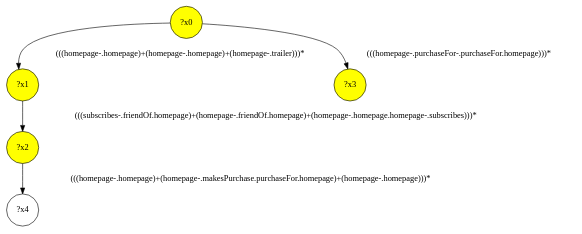
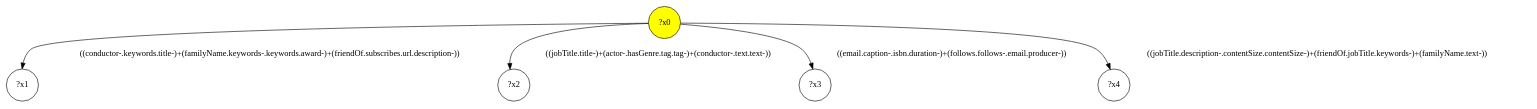
Before and after one commit to gbagan/gmark: the diagram in demo/shop-a/shop-a-interface/query-8.dot, drawn with Graphviz. The commit also changed 708 other files, not shown here.

```diff
--- a/demo/shop-a/shop-a-interface/query-8.dot
+++ b/demo/shop-a/shop-a-interface/query-8.dot
@@ -1,11 +1,11 @@
 digraph g {
-	x1 [fillcolor="yellow", style="filled," shape=circle, label="?x1"];
-	x2 [fillcolor="yellow", style="filled," shape=circle, label="?x2"];
 	x0 [fillcolor="yellow", style="filled," shape=circle, label="?x0"];
-	x3 [fillcolor="yellow", style="filled," shape=circle, label="?x3"];
-	x0 -> x1 [label="(((homepage-.homepage)+(homepage-.homepage)+(homepage-.trailer)))*"];
-	x1 -> x2 [label="(((subscribes-.friendOf.homepage)+(homepage-.friendOf.homepage)+(homepage-.homepage.homepage-.subscribes)))*"];
-	x0 -> x3 [label="(((homepage-.purchaseFor-.purchaseFor.homepage)))*"];
+	x1 [shape=circle, label="?x1"];
+	x0 -> x1 [label="((conductor-.keywords.title-)+(familyName.keywords-.keywords.award-)+(friendOf.subscribes.url.description-))"];
+	x2 [shape=circle, label="?x2"];
+	x0 -> x2 [label="((jobTitle.title-)+(actor-.hasGenre.tag.tag-)+(conductor-.text.text-))"];
+	x3 [shape=circle, label="?x3"];
+	x0 -> x3 [label="((email.caption-.isbn.duration-)+(follows.follows-.email.producer-))"];
 	x4 [shape=circle, label="?x4"];
-	x2 -> x4 [label="(((homepage-.homepage)+(homepage-.makesPurchase.purchaseFor.homepage)+(homepage-.homepage)))*"];
+	x0 -> x4 [label="((jobTitle.description-.contentSize.contentSize-)+(friendOf.jobTitle.keywords-)+(familyName.text-))"];
 }
```
